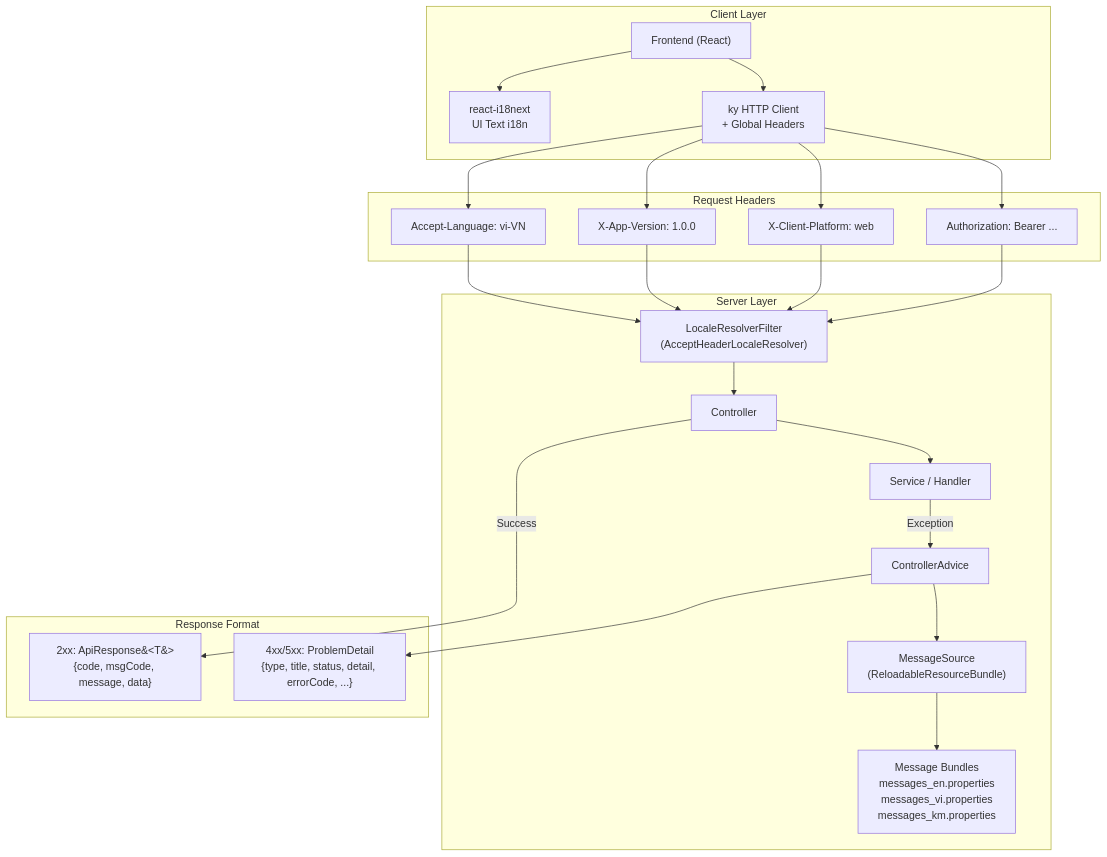
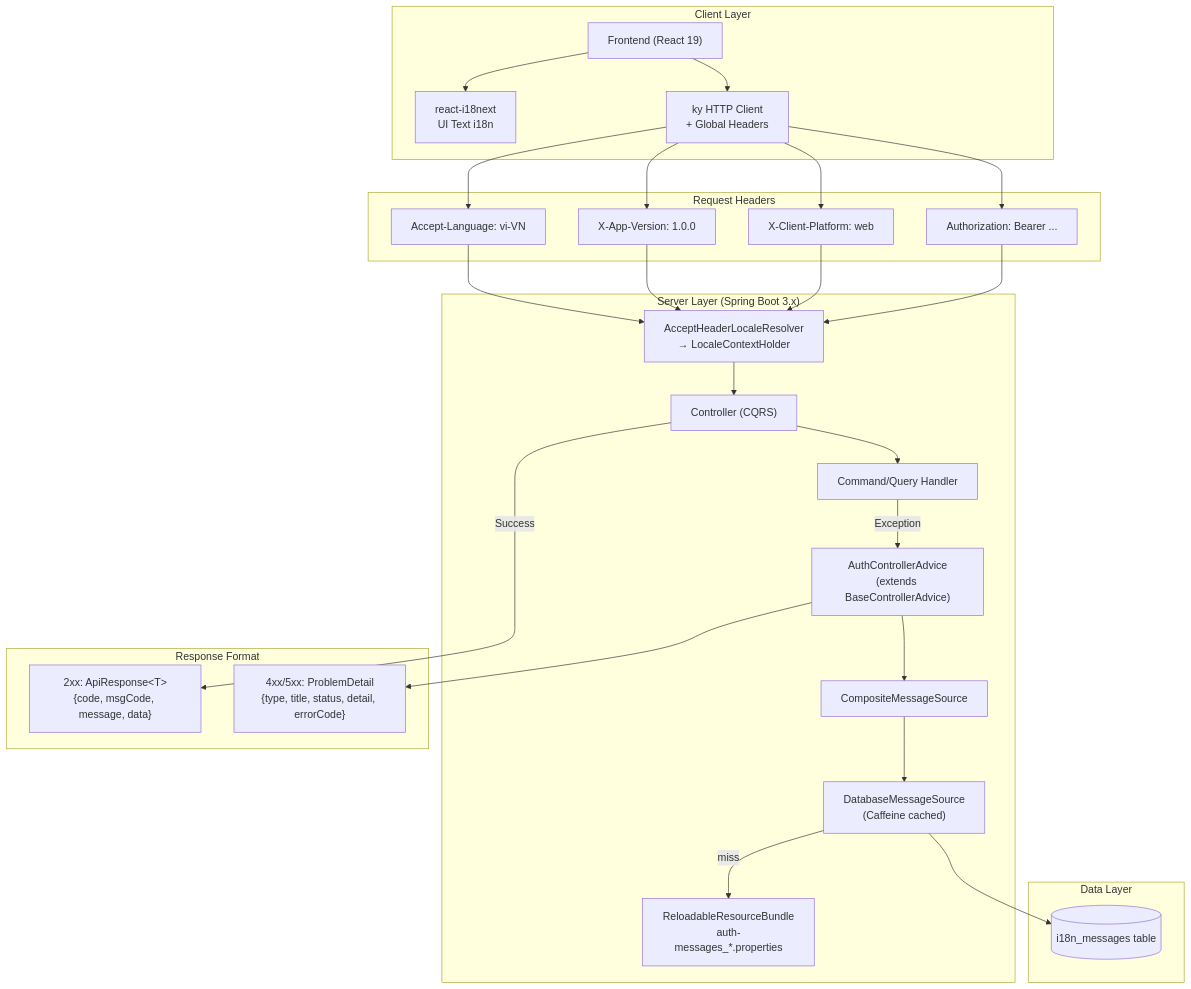
The first of 7 diagrams in openspec/research/api-response-i18n-standard/technical_spec.md (nguyentthai96/auth-service), drawn with Mermaid before and after one commit. The commit also changed other lines of this file and 93 other files, not shown here.

Commit message:
chore(auth-service): update generated openspec and pipeline artifacts for feature 1 and 2, start feature 3

````diff
--- a/openspec/research/api-response-i18n-standard/technical_spec.md
+++ b/openspec/research/api-response-i18n-standard/technical_spec.md
@@ -5,41 +11,48 @@
 ```mermaid
 flowchart TB
     subgraph Client["Client Layer"]
-        FE["Frontend (React)"]
+        FE["Frontend (React 19)"]
         FE_I18N["react-i18next<br/>UI Text i18n"]
         API_CLIENT["ky HTTP Client<br/>+ Global Headers"]
     end
 
     subgraph Headers["Request Headers"]
         H1["Accept-Language: vi-VN"]
         H2["X-App-Version: 1.0.0"]
         H3["X-Client-Platform: web"]
         H4["Authorization: Bearer ..."]
     end
 
-    subgraph Server["Server Layer"]
-        FILTER["LocaleResolverFilter<br/>(AcceptHeaderLocaleResolver)"]
-        CTRL["Controller"]
-        SVC["Service / Handler"]
-        ADVICE["ControllerAdvice"]
-        MSG_SRC["MessageSource<br/>(ReloadableResourceBundle)"]
-        BUNDLES["Message Bundles<br/>messages_en.properties<br/>messages_vi.properties<br/>messages_km.properties"]
+    subgraph Server["Server Layer (Spring Boot 3.x)"]
+        LOCALE["AcceptHeaderLocaleResolver<br/>→ LocaleContextHolder"]
+        CTRL["Controller (CQRS)"]
+        HANDLER["Command/Query Handler"]
+        ADVICE["AuthControllerAdvice<br/>(extends BaseControllerAdvice)"]
+        MSG_SRC["CompositeMessageSource"]
+        DB_SRC["DatabaseMessageSource<br/>(Caffeine cached)"]
+        FILE_SRC["ReloadableResourceBundle<br/>auth-messages_*.properties"]
+    end
+
+    subgraph DB["Data Layer"]
+        I18N_TBL[("i18n_messages table")]
     end
 
     subgraph Response["Response Format"]
-        R_OK["2xx: ApiResponse&#60;T&#62;<br/>{code, msgCode, message, data}"]
-        R_ERR["4xx/5xx: ProblemDetail<br/>{type, title, status, detail, errorCode, ...}"]
+        R_OK["2xx: ApiResponse&lt;T&gt;<br/>{code, msgCode, message, data}"]
+        R_ERR["4xx/5xx: ProblemDetail<br/>{type, title, status, detail, errorCode}"]
     end
 
     FE --> FE_I18N
     FE --> API_CLIENT
     API_CLIENT --> H1 & H2 & H3 & H4
-    H1 & H2 & H3 & H4 --> FILTER
-    FILTER --> CTRL
-    CTRL --> SVC
-    SVC -->|Exception| ADVICE
+    H1 & H2 & H3 & H4 --> LOCALE
+    LOCALE --> CTRL
+    CTRL --> HANDLER
+    HANDLER -->|Exception| ADVICE
     CTRL -->|Success| R_OK
     ADVICE --> MSG_SRC
-    MSG_SRC --> BUNDLES
+    MSG_SRC --> DB_SRC
+    DB_SRC --> I18N_TBL
+    DB_SRC -->|miss| FILE_SRC
     ADVICE --> R_ERR
 ```
````
